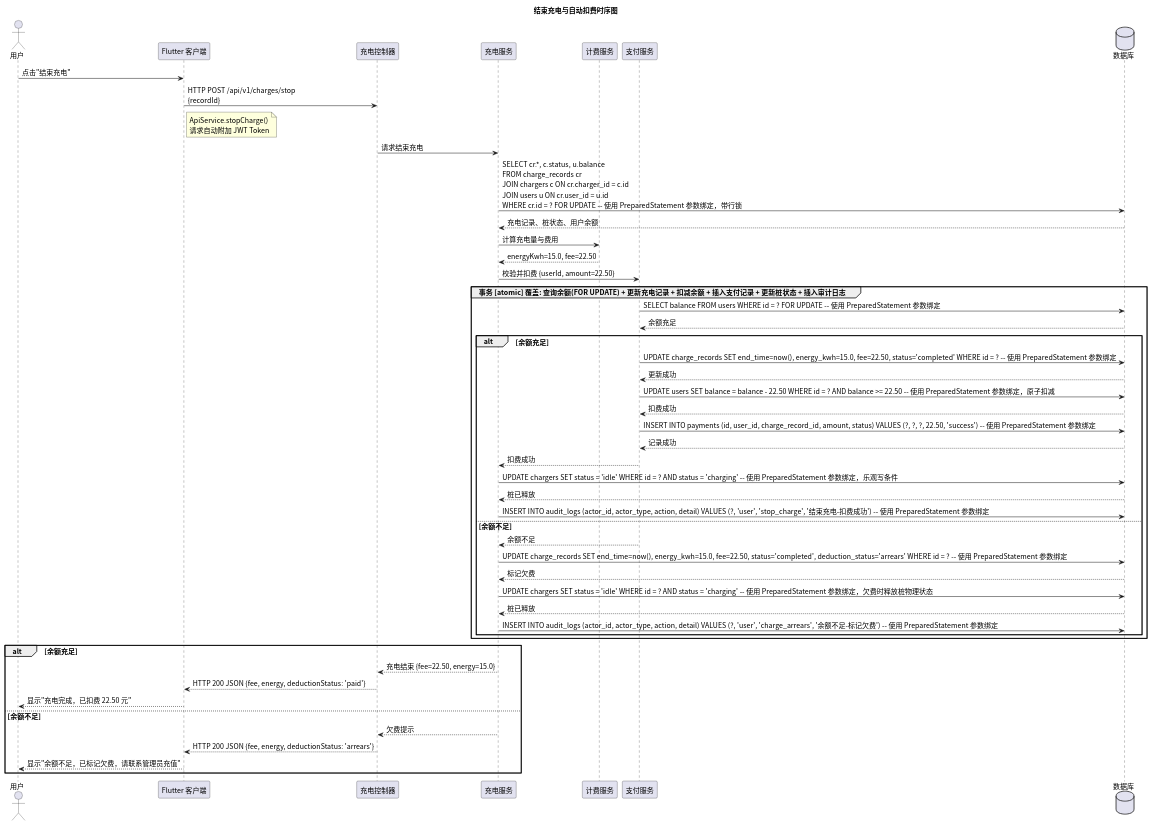
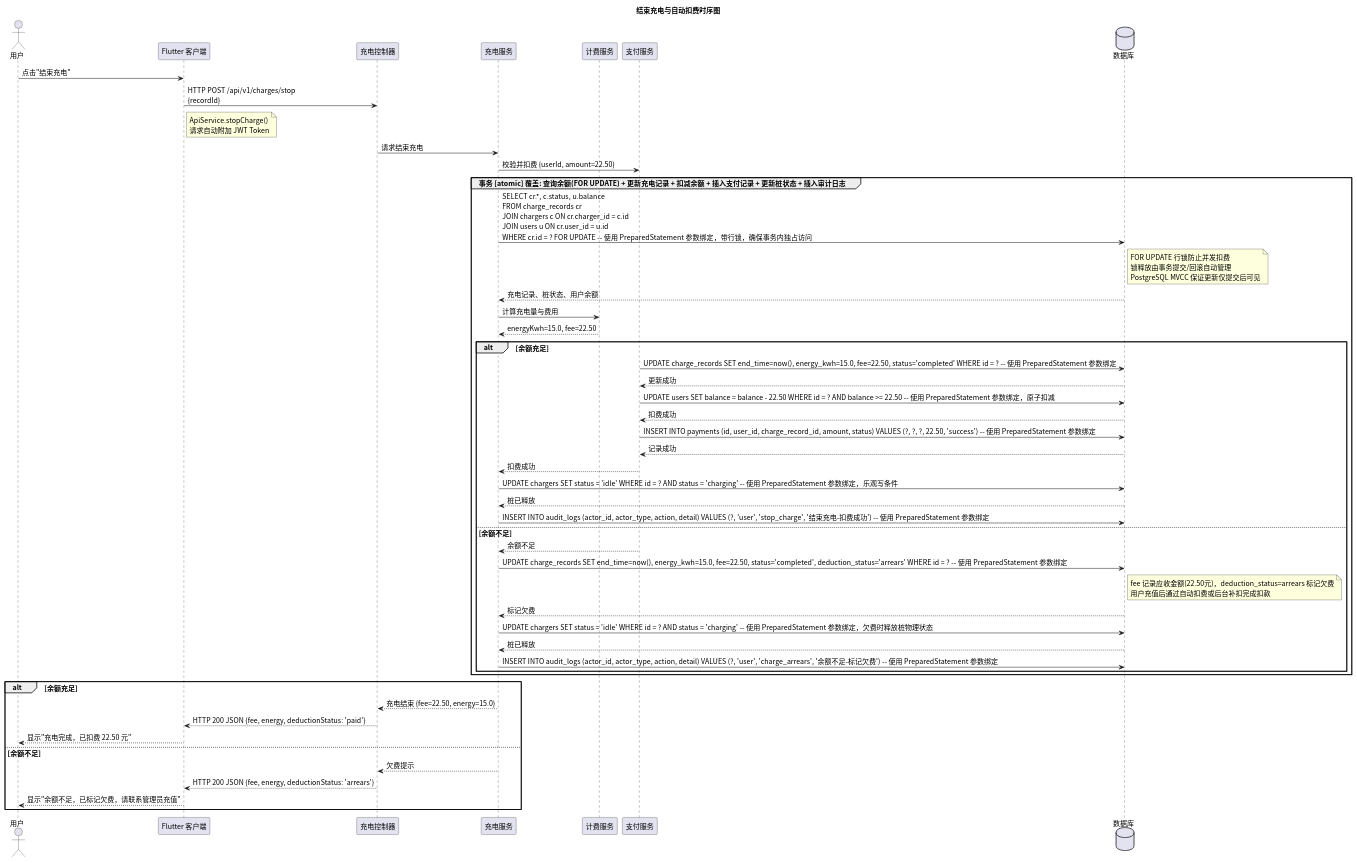
The diagram in time/src/sequence_stop_charge.puml (greenhandzdl/charging-station-doc), drawn with PlantUML before and after one commit. The commit also changed 30 other files, not shown here.

First line of the commit message:
fix: 时序图补充与评估修复 — 新增充电活动图、报修单/支付状态图、强制结束充电用例、修复状态值不一致与version残留

```diff
--- a/time/src/sequence_stop_charge.puml
+++ b/time/src/sequence_stop_charge.puml
@@ -1,71 +1,70 @@
 @startuml
 skinparam defaultFontName "Noto Sans CJK SC"
 skinparam defaultFontSize 14
 title 结束充电与自动扣费时序图
 
 ' 所有 SQL 操作使用 PreparedStatement 参数绑定，禁止字符串拼接
 actor 用户 as U
 participant "Flutter 客户端" as FE
 participant "充电控制器" as Ctrl
 participant "充电服务" as Service
 participant "计费服务" as Bill
 participant "支付服务" as Pay
 database 数据库 as DB
 
 U -> FE: 点击"结束充电"
 FE -> Ctrl: HTTP POST /api/v1/charges/stop\n{recordId}
 note right FE : ApiService.stopCharge()\n请求自动附加 JWT Token
 
 Ctrl -> Service: 请求结束充电
 
-Service -> DB: SELECT cr.*, c.status, u.balance\nFROM charge_records cr\nJOIN chargers c ON cr.charger_id = c.id\nJOIN users u ON cr.user_id = u.id\nWHERE cr.id = ? FOR UPDATE -- 使用 PreparedStatement 参数绑定，带行锁
-DB --> Service: 充电记录、桩状态、用户余额
-
-Service -> Bill: 计算充电量与费用
-Bill --> Service: energyKwh=15.0, fee=22.50
-
 Service -> Pay: 校验并扣费 {userId, amount=22.50}
 
 group 事务 [atomic] 覆盖: 查询余额(FOR UPDATE) + 更新充电记录 + 扣减余额 + 插入支付记录 + 更新桩状态 + 插入审计日志
-  Pay -> DB: SELECT balance FROM users WHERE id = ? FOR UPDATE -- 使用 PreparedStatement 参数绑定
-  DB --> Pay: 余额充足
+  Service -> DB: SELECT cr.*, c.status, u.balance\nFROM charge_records cr\nJOIN chargers c ON cr.charger_id = c.id\nJOIN users u ON cr.user_id = u.id\nWHERE cr.id = ? FOR UPDATE -- 使用 PreparedStatement 参数绑定，带行锁，确保事务内独占访问
+  note right DB : FOR UPDATE 行锁防止并发扣费\n锁释放由事务提交/回滚自动管理\nPostgreSQL MVCC 保证更新仅提交后可见
+  DB --> Service: 充电记录、桩状态、用户余额
+
+  Service -> Bill: 计算充电量与费用
+  Bill --> Service: energyKwh=15.0, fee=22.50
 
   alt 余额充足
     Pay -> DB: UPDATE charge_records SET end_time=now(), energy_kwh=15.0, fee=22.50, status='completed' WHERE id = ? -- 使用 PreparedStatement 参数绑定
     DB --> Pay: 更新成功
 
     Pay -> DB: UPDATE users SET balance = balance - 22.50 WHERE id = ? AND balance >= 22.50 -- 使用 PreparedStatement 参数绑定，原子扣减
     DB --> Pay: 扣费成功
 
     Pay -> DB: INSERT INTO payments (id, user_id, charge_record_id, amount, status) VALUES (?, ?, ?, 22.50, 'success') -- 使用 PreparedStatement 参数绑定
     DB --> Pay: 记录成功
 
     Pay --> Service: 扣费成功
 
     Service -> DB: UPDATE chargers SET status = 'idle' WHERE id = ? AND status = 'charging' -- 使用 PreparedStatement 参数绑定，乐观写条件
     DB --> Service: 桩已释放
 
     Service -> DB: INSERT INTO audit_logs (actor_id, actor_type, action, detail) VALUES (?, 'user', 'stop_charge', '结束充电-扣费成功') -- 使用 PreparedStatement 参数绑定
   else 余额不足
     Pay --> Service: 余额不足
 
     Service -> DB: UPDATE charge_records SET end_time=now(), energy_kwh=15.0, fee=22.50, status='completed', deduction_status='arrears' WHERE id = ? -- 使用 PreparedStatement 参数绑定
+    note right DB : fee 记录应收金额(22.50元)，deduction_status=arrears 标记欠费\n用户充值后通过自动扣费或后台补扣完成扣款
     DB --> Service: 标记欠费
 
     Service -> DB: UPDATE chargers SET status = 'idle' WHERE id = ? AND status = 'charging' -- 使用 PreparedStatement 参数绑定，欠费时释放桩物理状态
     DB --> Service: 桩已释放
 
     Service -> DB: INSERT INTO audit_logs (actor_id, actor_type, action, detail) VALUES (?, 'user', 'charge_arrears', '余额不足-标记欠费') -- 使用 PreparedStatement 参数绑定
   end
 end
 
 alt 余额充足
   Service --> Ctrl: 充电结束 {fee=22.50, energy=15.0}
   Ctrl --> FE: HTTP 200 JSON {fee, energy, deductionStatus: 'paid'}
   FE --> U: 显示"充电完成，已扣费 22.50 元"
 else 余额不足
   Service --> Ctrl: 欠费提示
   Ctrl --> FE: HTTP 200 JSON {fee, energy, deductionStatus: 'arrears'}
   FE --> U: 显示"余额不足，已标记欠费，请联系管理员充值"
 end
 @enduml
```
